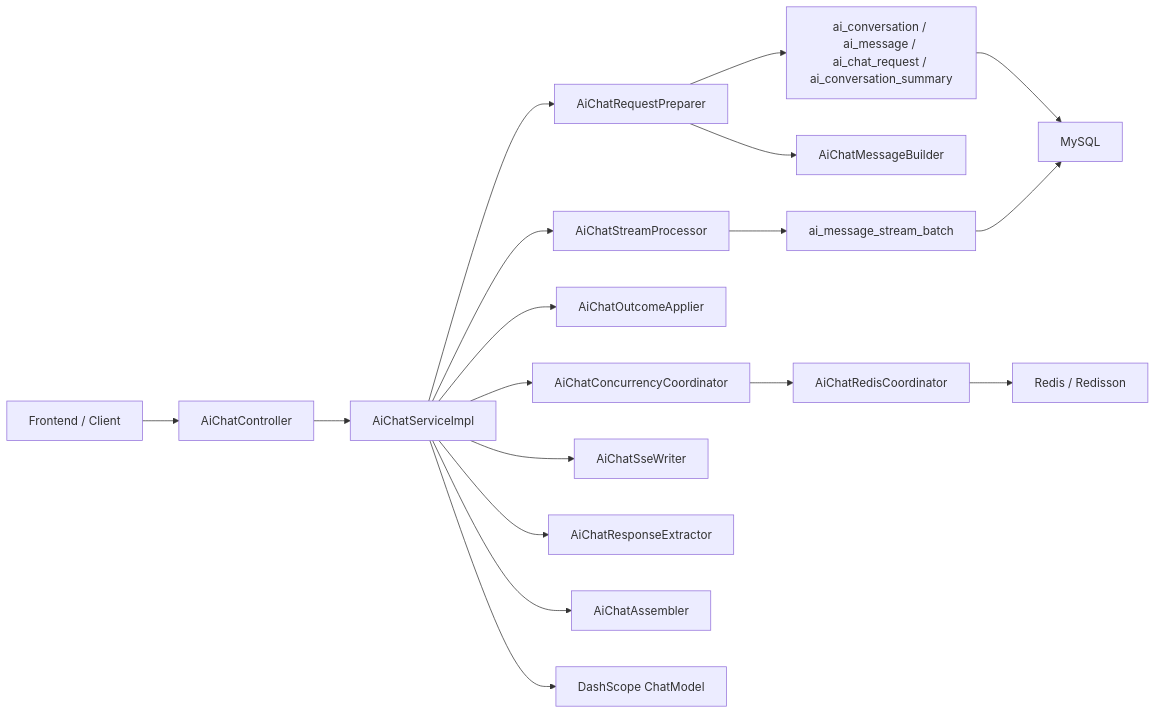
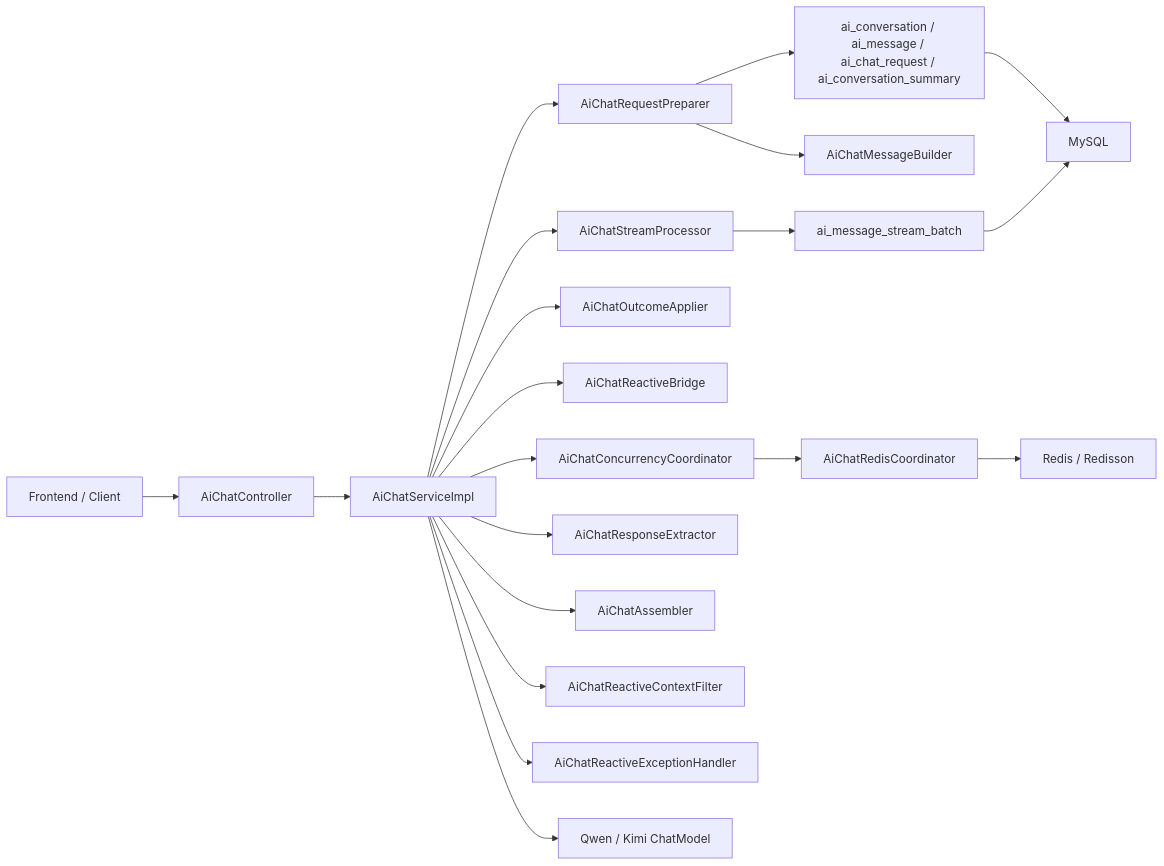
Before and after one commit to Askwayer/modular-hub: the first of 3 diagrams in docs/aichat/ai-chat-design.md, drawn with Mermaid. The commit also changed other lines of this file and 24 other files, not shown here.

````diff
--- a/docs/aichat/ai-chat-design.md
+++ b/docs/aichat/ai-chat-design.md
@@ -46,23 +46,25 @@
 ```mermaid
 flowchart LR
     Client["Frontend / Client"] --> Controller["AiChatController"]
     Controller --> Service["AiChatServiceImpl"]
 
     Service --> Preparer["AiChatRequestPreparer"]
     Service --> Concurrency["AiChatConcurrencyCoordinator"]
     Service --> Outcome["AiChatOutcomeApplier"]
+    Service --> Reactive["AiChatReactiveBridge"]
     Service --> Stream["AiChatStreamProcessor"]
-    Service --> Writer["AiChatSseWriter"]
     Service --> Extractor["AiChatResponseExtractor"]
     Service --> Assembler["AiChatAssembler"]
+    Service --> Filter["AiChatReactiveContextFilter"]
+    Service --> Handler["AiChatReactiveExceptionHandler"]
 
     Concurrency --> RedisCoord["AiChatRedisCoordinator"]
     RedisCoord --> Redis["Redis / Redisson"]
 
     Preparer --> MsgBuilder["AiChatMessageBuilder"]
     Preparer --> Domain["ai_conversation / ai_message / ai_chat_request / ai_conversation_summary"]
     Stream --> Batch["ai_message_stream_batch"]
-    Service --> Model["DashScope ChatModel"]
+    Service --> Model["Qwen / Kimi ChatModel"]
     Domain --> DB["MySQL"]
     Batch --> DB
 ```
````
